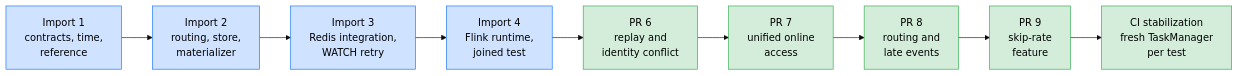
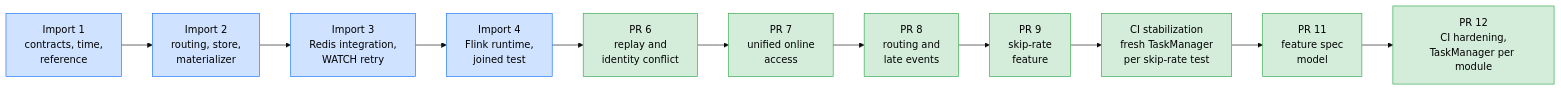
The diagram in docs/streaming-migration.md (oster-dev/featureforge), drawn with Mermaid (base theme) before and after one commit. The commit also changed other lines of this file and 9 other files, not shown here.

````diff
--- a/docs/streaming-migration.md
+++ b/docs/streaming-migration.md
@@ -20,14 +20,16 @@
 ```mermaid
 flowchart LR
     I1[Import 1<br/>contracts, time,<br/>reference]:::imp --> I2[Import 2<br/>routing, store,<br/>materializer]:::imp
     I2 --> I3[Import 3<br/>Redis integration,<br/>WATCH retry]:::imp
     I3 --> I4[Import 4<br/>Flink runtime,<br/>joined test]:::imp
     I4 --> D1[PR 6<br/>replay and<br/>identity conflict]:::dev
     D1 --> D2[PR 7<br/>unified online<br/>access]:::dev
     D2 --> D3[PR 8<br/>routing and<br/>late events]:::dev
     D3 --> D4[PR 9<br/>skip-rate<br/>feature]:::dev
-    D4 --> D5[CI stabilization<br/>fresh TaskManager<br/>per test]:::dev
+    D4 --> D5[CI stabilization<br/>fresh TaskManager<br/>per skip-rate test]:::dev
+    D5 --> D6[PR 11<br/>feature spec<br/>model]:::dev
+    D6 --> D7[PR 12<br/>CI hardening,<br/>TaskManager per module]:::dev
 
     classDef imp fill:#cfe2ff,stroke:#0d6efd,color:#000
     classDef dev fill:#d4edda,stroke:#28a745,color:#000
 ```
````
